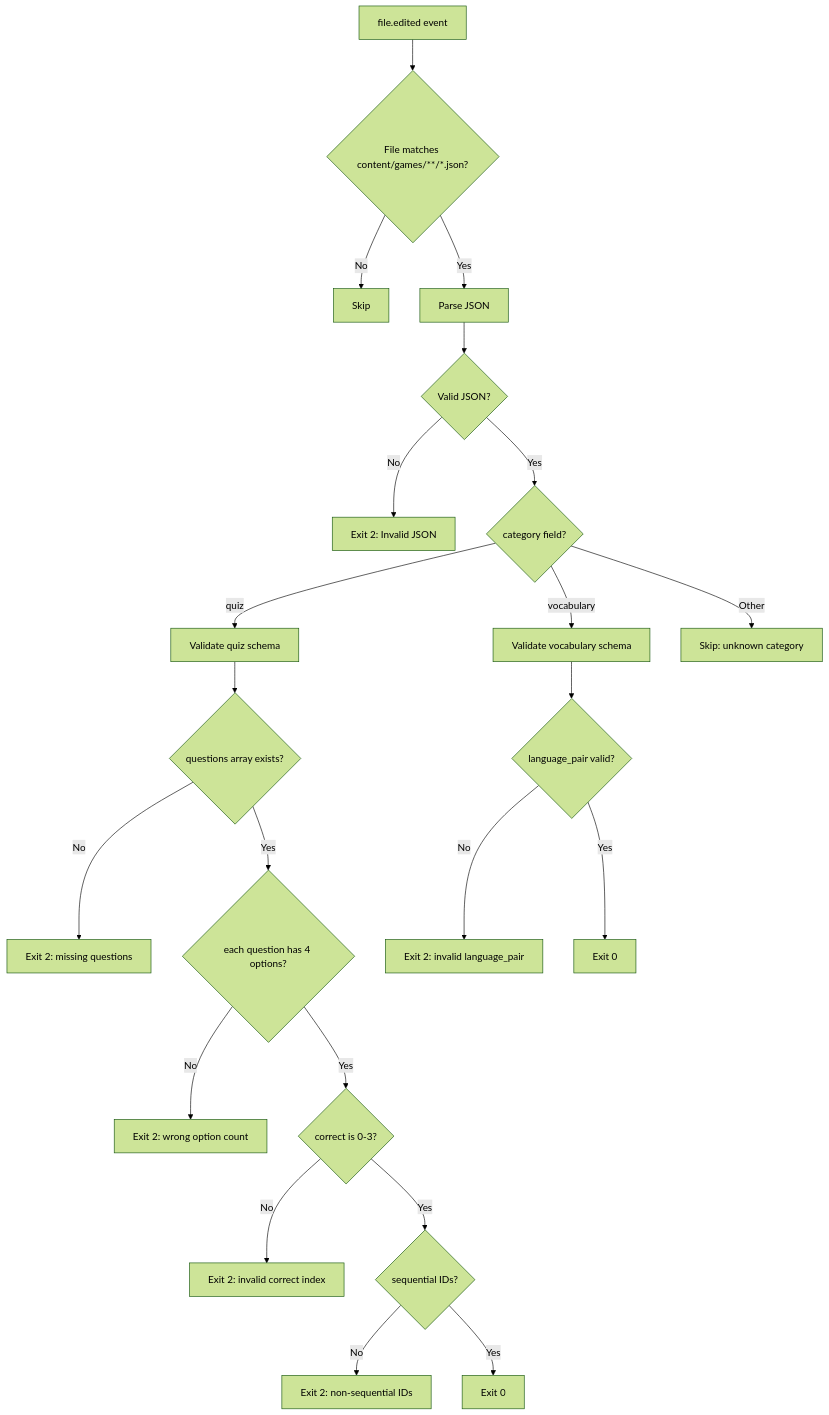
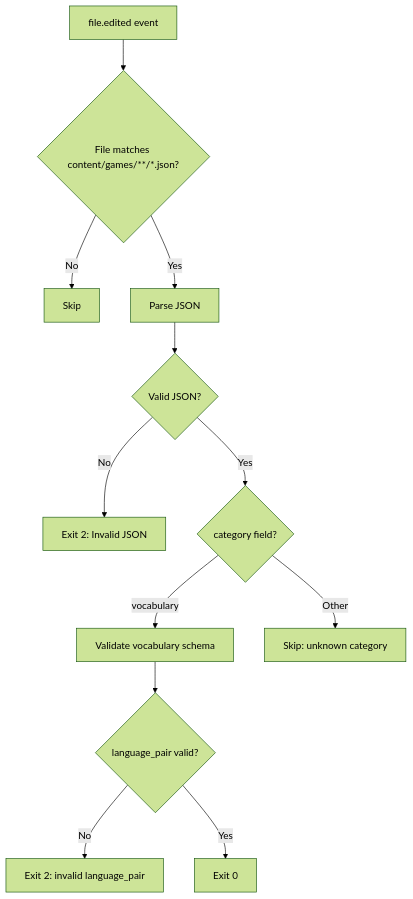
The fourth of 14 diagrams in docs/ai/OPENCODE-HARNESS.md (nuniversity/nuniversity.github.io), drawn with Mermaid (forest theme) before and after one commit. The commit also changed other lines of this file and 70 other files, not shown here.

````diff
--- a/docs/ai/OPENCODE-HARNESS.md
+++ b/docs/ai/OPENCODE-HARNESS.md
@@ -674,24 +681,14 @@
 ```mermaid
 flowchart TD
     A[file.edited event] --> B{File matches content/games/**/*.json?}
     B -->|No| C[Skip]
     B -->|Yes| D[Parse JSON]
     D --> E{Valid JSON?}
     E -->|No| F[Exit 2: Invalid JSON]
     E -->|Yes| G{category field?}
-    G -->|quiz| H[Validate quiz schema]
     G -->|vocabulary| I[Validate vocabulary schema]
     G -->|Other| J[Skip: unknown category]
-    H --> K{questions array exists?}
-    K -->|No| L[Exit 2: missing questions]
-    K -->|Yes| M{each question has 4 options?}
-    M -->|No| N[Exit 2: wrong option count]
-    M -->|Yes| O{correct is 0-3?}
-    O -->|No| P[Exit 2: invalid correct index]
-    O -->|Yes| Q{sequential IDs?}
-    Q -->|No| R[Exit 2: non-sequential IDs]
-    Q -->|Yes| S[Exit 0]
     I --> T{language_pair valid?}
     T -->|No| U[Exit 2: invalid language_pair]
     T -->|Yes| V[Exit 0]
 ```
````
